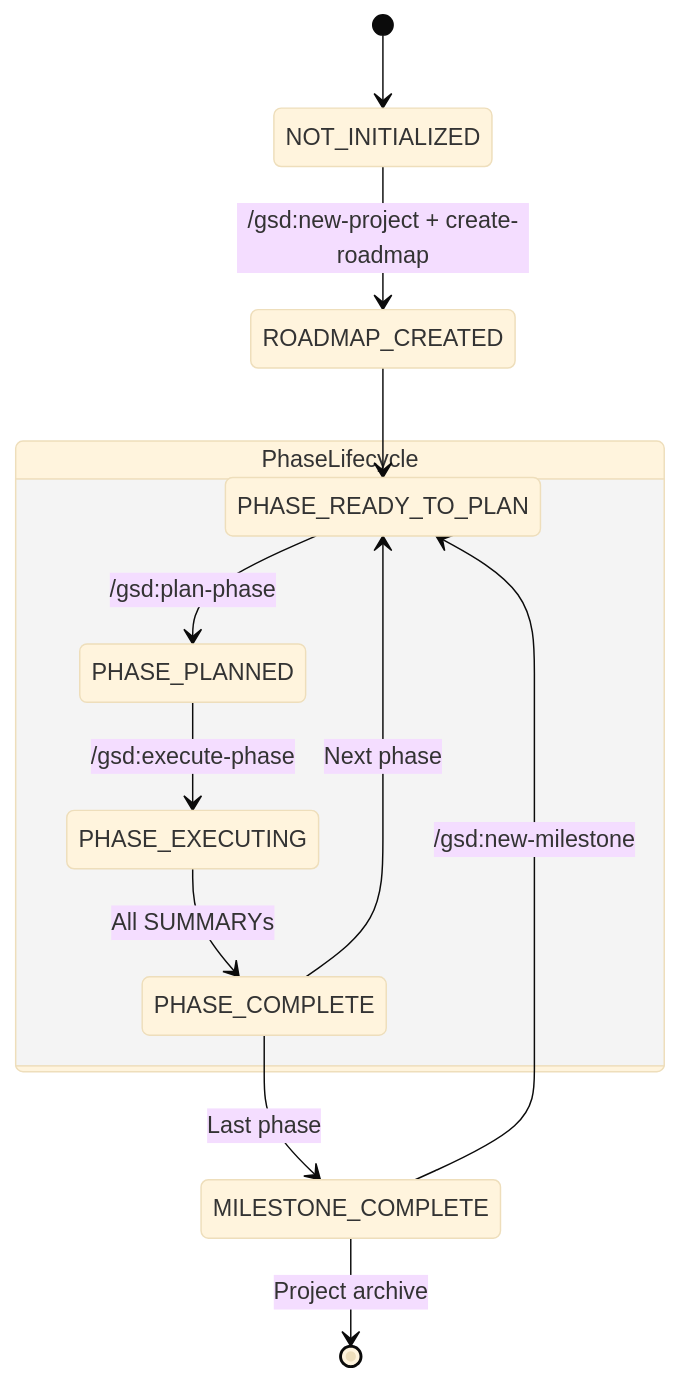
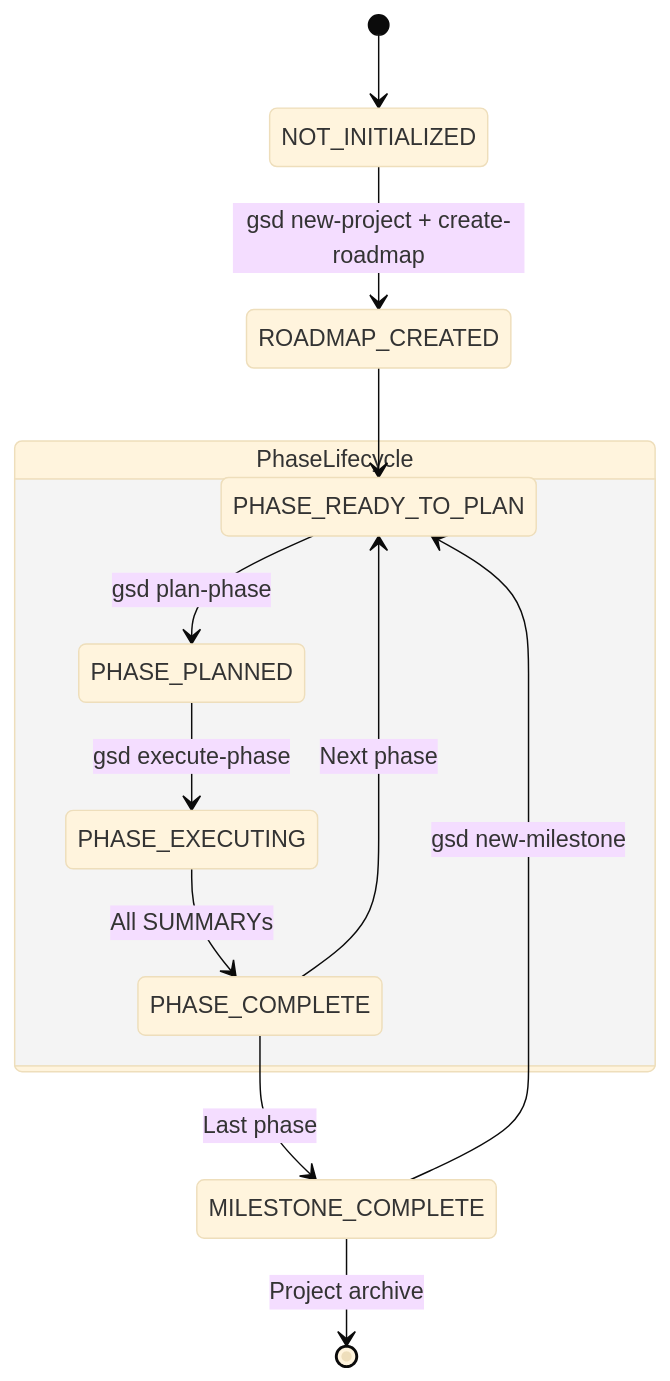
One commit to gulp/tiller changed the first of 2 diagrams in docs/GSD-ANALYSIS.md. Above: the diagram before and after it, drawn with Mermaid (base theme).

Commit message:
fix: escape /gsd: in mermaid diagram labels (GitHub render fix)
Colons in mermaid stateDiagram labels conflict with mermaid's
label separator syntax, causing parse errors on GitHub.

````diff
--- a/docs/GSD-ANALYSIS.md
+++ b/docs/GSD-ANALYSIS.md
@@ -220,19 +220,19 @@
 ```mermaid
 stateDiagram-v2
     [*] --> NOT_INITIALIZED
-    NOT_INITIALIZED --> ROADMAP_CREATED: /gsd:new-project + create-roadmap
+    NOT_INITIALIZED --> ROADMAP_CREATED: gsd new-project + create-roadmap
 
     ROADMAP_CREATED --> PHASE_READY_TO_PLAN
 
     state PhaseLifecycle {
-        PHASE_READY_TO_PLAN --> PHASE_PLANNED: /gsd:plan-phase
-        PHASE_PLANNED --> PHASE_EXECUTING: /gsd:execute-phase
+        PHASE_READY_TO_PLAN --> PHASE_PLANNED: gsd plan-phase
+        PHASE_PLANNED --> PHASE_EXECUTING: gsd execute-phase
         PHASE_EXECUTING --> PHASE_COMPLETE: All SUMMARYs
     }
 
     PHASE_COMPLETE --> PHASE_READY_TO_PLAN: Next phase
     PHASE_COMPLETE --> MILESTONE_COMPLETE: Last phase
 
-    MILESTONE_COMPLETE --> PHASE_READY_TO_PLAN: /gsd:new-milestone
+    MILESTONE_COMPLETE --> PHASE_READY_TO_PLAN: gsd new-milestone
     MILESTONE_COMPLETE --> [*]: Project archive
 ```
````
